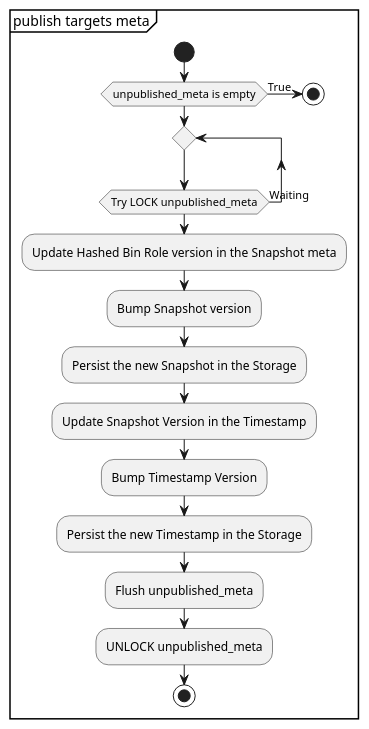
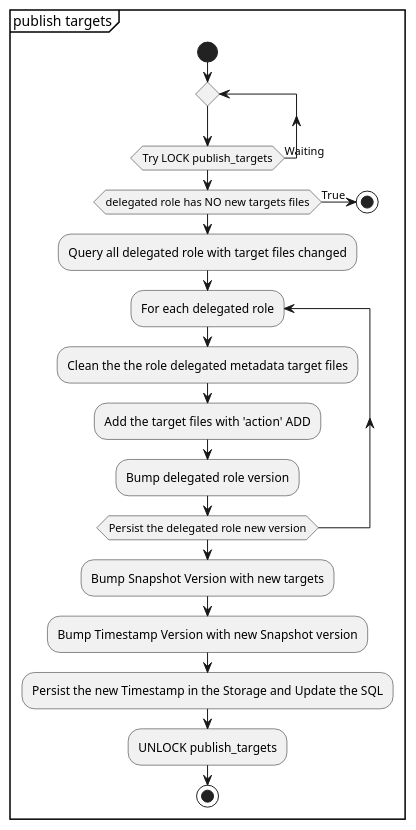
One commit to repository-service-tuf/repository-service-tuf-worker changed the second of 2 diagrams in docs/source/devel/index.rst. Above: the diagram before and after it, drawn with PlantUML. The commit also changed other lines of this file and 38 other files, not shown here.

First line of the commit message:
feature: rstuf-worker for managing targets via SQL (#143) (#145)

```diff
--- a/docs/source/devel/index.rst
+++ b/docs/source/devel/index.rst
@@ -138,22 +119,24 @@
 .. uml::
 
    @startuml
-      partition "publish targets meta" {
+      partition "publish targets" {
          start
-         if (unpublished_meta is empty) then (True)
+         repeat
+         repeat while (Try LOCK publish_targets) is (Waiting)
+         if (delegated role has NO new targets files) then (True)
             stop
          else
-            repeat
-            repeat while (Try LOCK unpublished_meta) is (Waiting)
-            :Update Hashed Bin Role version in the Snapshot meta;
-            :Bump Snapshot version;
-            :Persist the new Snapshot in the Storage;
-            :Update Snapshot Version in the Timestamp;
-            :Bump Timestamp Version;
-            :Persist the new Timestamp in the Storage;
-            :Flush unpublished_meta;
-            :UNLOCK unpublished_meta;
-            stop
+            :Query all delegated role with target files changed;
+            repeat :For each delegated role;
+               :Clean the the role delegated metadata target files;
+               :Add the target files with 'action' ADD;
+               :Bump delegated role version;
+            repeat while (Persist the delegated role new version)
+            :Bump Snapshot Version with new targets;
+            :Bump Timestamp Version with new Snapshot version;
+            :Persist the new Timestamp in the Storage and Update the SQL;
+            :UNLOCK publish_targets;
+         stop
          endif
       }
     @enduml
```
